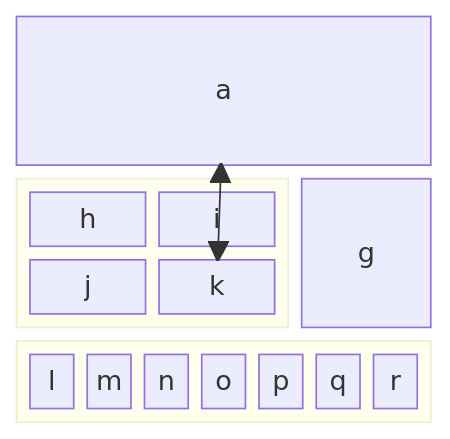
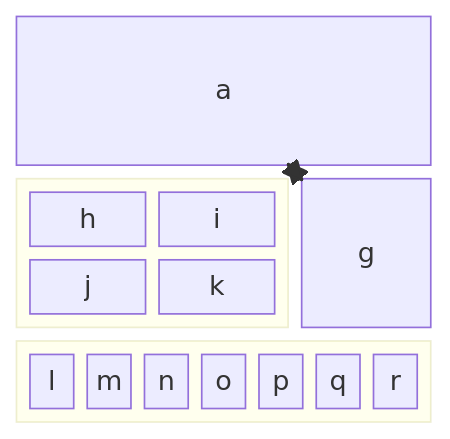
One commit to digitnow/data1500-lecture-02 changed the fourth of 4 diagrams in seqdiagr/test_er.md. Above: the diagram before and after it, drawn with Mermaid.

Commit message:
Update test_er.md
arrows blocks

````diff
--- a/seqdiagr/test_er.md
+++ b/seqdiagr/test_er.md
@@ -61,15 +61,16 @@
 ```mermaid
 block
   columns 3
   a:3
   block:group1:2
     columns 2
     h i j k
   end
   g
   block:group2:3
     %% columns auto (default)
     l m n o p q r
   end
-  a <--> k
+  space
+  a <--> g
 ```
````
